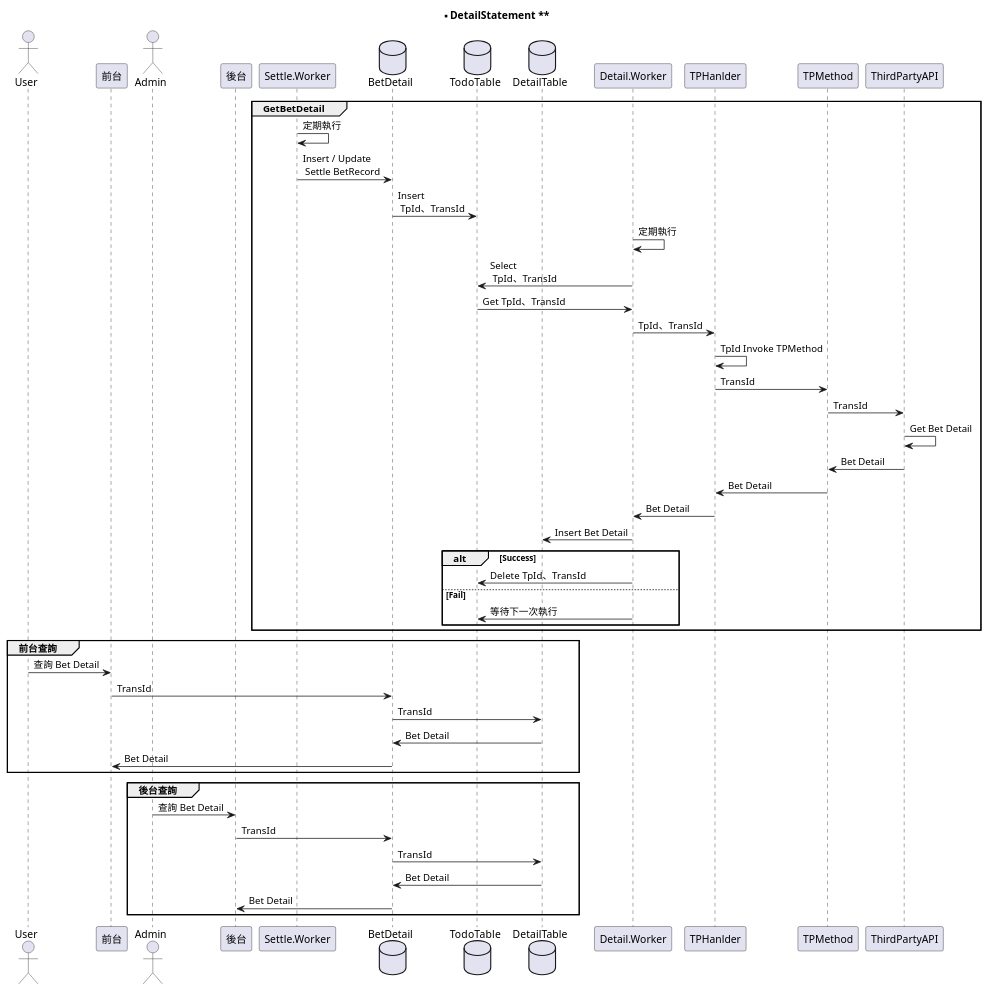
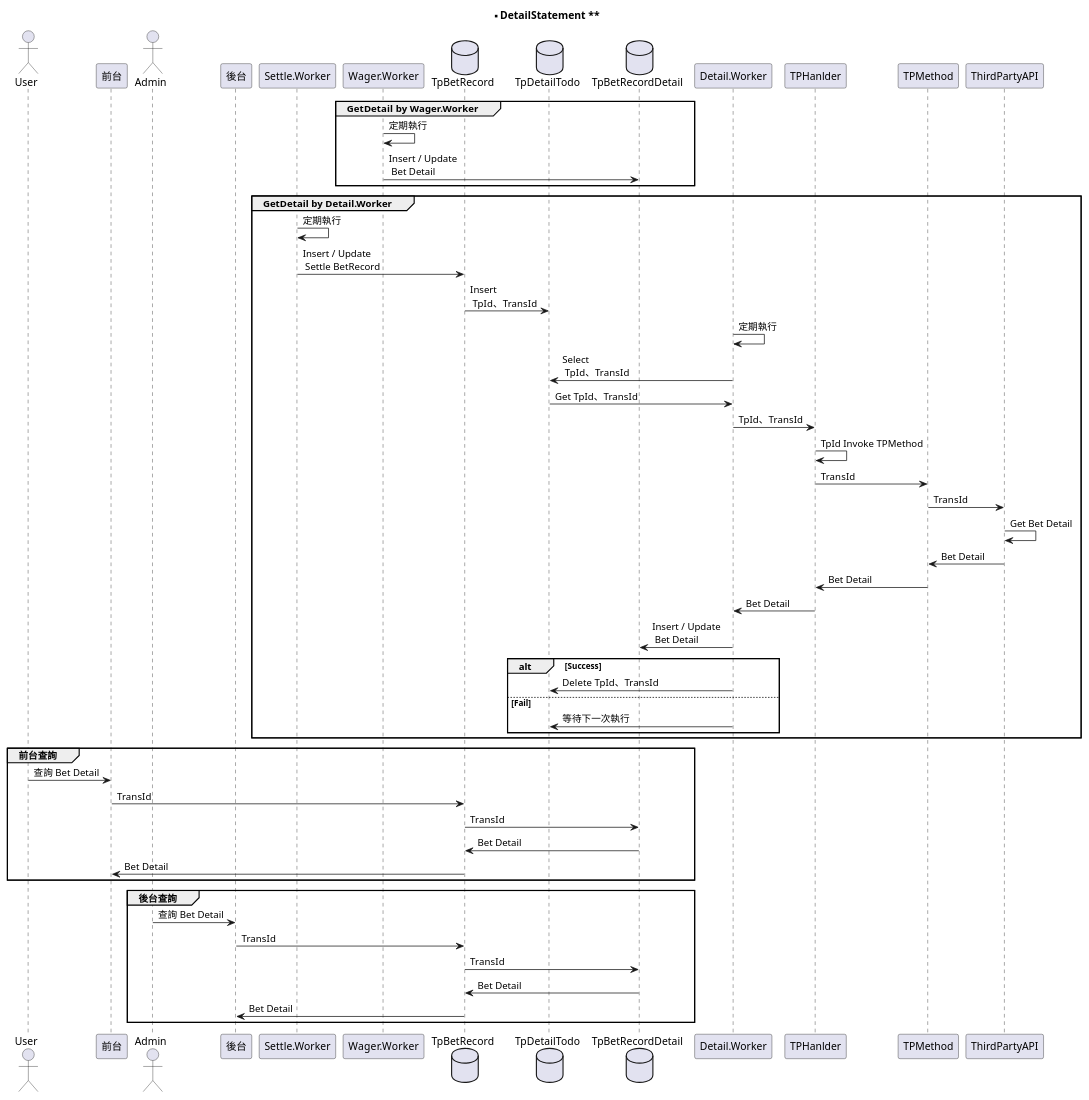
Before and after one commit to starixvn/S1_backend_uml: the diagram in DetailStatement.puml, drawn with PlantUML. The commit also changed 1 other file, not shown here.

Commit message:
fix:update DetailStatement

```diff
--- a/DetailStatement.puml
+++ b/DetailStatement.puml
@@ -1,55 +1,62 @@
 @startuml 
 title ** DetailStatement **
 
 actor User
 participant 前台 
 actor Admin
 participant 後台 
 participant Settle.Worker 
+participant Wager.Worker 
 
-database    BetDetail   
-database  TodoTable
-database  DetailTable
+
+database  TpBetRecord   
+database  TpDetailTodo
+database  TpBetRecordDetail
 participant Detail.Worker 
+Group GetDetail by Wager.Worker
+Wager.Worker -> Wager.Worker : 定期執行
+Wager.Worker -> TpBetRecordDetail : Insert / Update \n Bet Detail
+END
 
-Group GetBetDetail
+
+Group GetDetail by Detail.Worker
 Settle.Worker-> Settle.Worker: 定期執行
-Settle.Worker -> BetDetail : Insert / Update \n Settle BetRecord 
-BetDetail -> TodoTable :  Insert \n TpId、TransId
+Settle.Worker -> TpBetRecord : Insert / Update \n Settle BetRecord 
+TpBetRecord -> TpDetailTodo :  Insert \n TpId、TransId
 Detail.Worker-> Detail.Worker: 定期執行
-Detail.Worker -> TodoTable : Select \n TpId、TransId
-TodoTable -> Detail.Worker : Get TpId、TransId
+Detail.Worker -> TpDetailTodo : Select \n TpId、TransId
+TpDetailTodo -> Detail.Worker : Get TpId、TransId
 Detail.Worker -> TPHanlder :TpId、TransId
 TPHanlder -> TPHanlder:TpId Invoke TPMethod
 TPHanlder -> TPMethod:TransId
 TPMethod -> ThirdPartyAPI :TransId
 ThirdPartyAPI -> ThirdPartyAPI :Get Bet Detail
 ThirdPartyAPI -> TPMethod : Bet Detail
 TPMethod -> TPHanlder : Bet Detail
 TPHanlder -> Detail.Worker : Bet Detail
-Detail.Worker ->  DetailTable : Insert Bet Detail
+Detail.Worker ->  TpBetRecordDetail : Insert / Update \n Bet Detail
 alt Success
-    Detail.Worker ->  TodoTable : Delete TpId、TransId
+    Detail.Worker ->  TpDetailTodo : Delete TpId、TransId
 else Fail
-    Detail.Worker ->  TodoTable : 等待下一次執行
+    Detail.Worker ->  TpDetailTodo : 等待下一次執行
 end
 
 
 END
 
 Group 前台查詢
 User -> 前台:查詢 Bet Detail
-前台 -> BetDetail:TransId
-BetDetail -> DetailTable:TransId
-DetailTable -> BetDetail : Bet Detail
-BetDetail -> 前台 : Bet Detail
+前台 -> TpBetRecord:TransId
+TpBetRecord -> TpBetRecordDetail:TransId
+TpBetRecordDetail -> TpBetRecord : Bet Detail
+TpBetRecord -> 前台 : Bet Detail
 END
 
 GROUP 後台查詢
 Admin -> 後台:查詢 Bet Detail
-後台 -> BetDetail:TransId
-BetDetail -> DetailTable:TransId
-DetailTable -> BetDetail : Bet Detail
-BetDetail -> 後台 : Bet Detail
+後台 -> TpBetRecord:TransId
+TpBetRecord -> TpBetRecordDetail:TransId
+TpBetRecordDetail -> TpBetRecord : Bet Detail
+TpBetRecord -> 後台 : Bet Detail
 END
 @enduml
```
